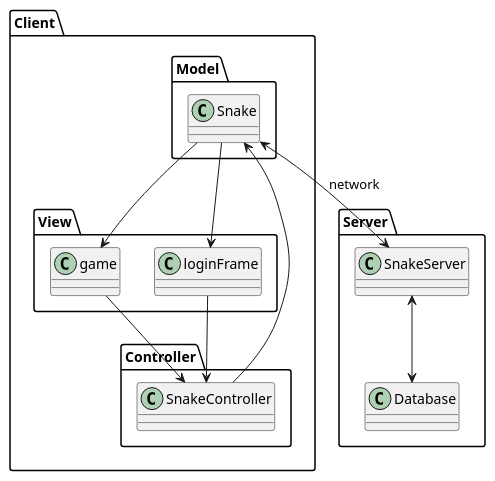
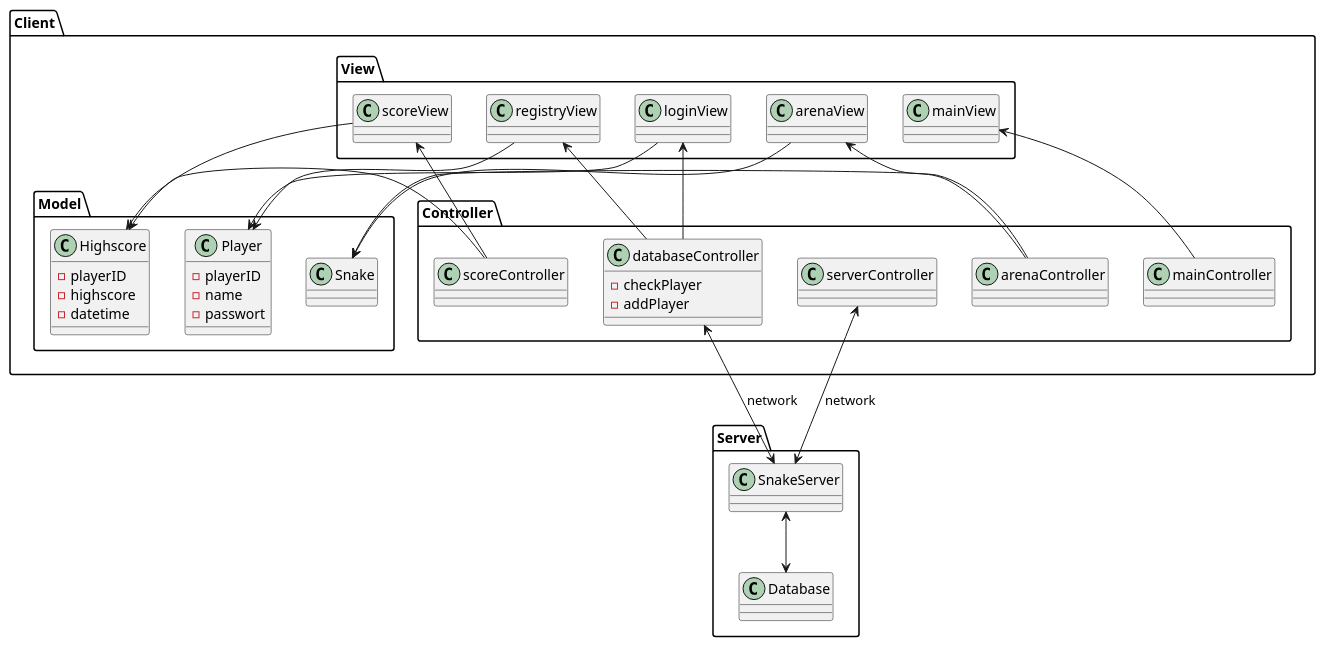
Before and after one commit to s74594/Multiplayer_Snake: the diagram in PlantUML/MultiplayerSnake.puml, drawn with PlantUML. The commit also changed 2 other files, not shown here.

Commit message:
UML Diagram added 2

```diff
--- a/PlantUML/MultiplayerSnake.puml
+++ b/PlantUML/MultiplayerSnake.puml
@@ -1,34 +1,61 @@
 @startuml
 'https://plantuml.com/class-diagram
 
 package Client {
     package Model {
         class Snake {}
+        class Player{
+        -playerID
+        -name
+        -passwort
+        }
+        class Highscore{
+        -playerID
+        -highscore
+        -datetime
+        }
     }
 
     package View {
-        class game {}
-        class loginFrame {}
+        class scoreView{}
+        class registryView{}
+        class loginView{}
+        class arenaView{}
+        class mainView{}
     }
 
     package Controller {
-        class SnakeController {}
+        class scoreController {}
+        class databaseController {
+        -checkPlayer
+        -addPlayer
+        }
+        class arenaController {}
+        class mainController {}
+        class serverController{}
     }
     'connections
-    Snake --> game
-    Snake --> loginFrame
-    game --> SnakeController
-    loginFrame --> SnakeController
-    SnakeController --> Snake
+    registryView --> Player
+    loginView --> Player
+    Highscore <-- scoreView
+    Snake <-- arenaView
+    scoreView <-- scoreController
+    registryView <-- databaseController
+    loginView <-- databaseController
+    arenaView <-- arenaController
+    mainView <-- mainController
+    arenaController --> Snake
+    scoreController --> Highscore
     }
 
 package Server {
     class SnakeServer
     class Database {}
     'connections
     SnakeServer <--> Database
 }
 
 'connections
-Snake <--> SnakeServer :network
+serverController <--> SnakeServer :network
+databaseController <--> SnakeServer :network
 @enduml
```
